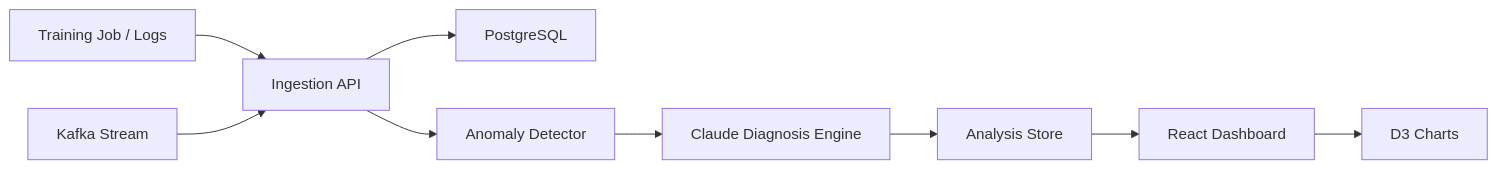
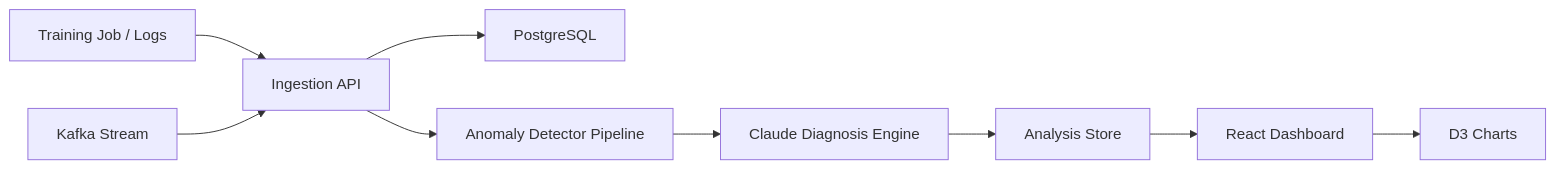
One commit to agarwalpragya/trainlens-ai changed the third of 3 diagrams in docs/ARCHITECTURE.md. Above: the diagram before and after it, drawn with Mermaid. The commit also changed other lines of this file and 6 other files, not shown here.

````diff
--- a/docs/ARCHITECTURE.md
+++ b/docs/ARCHITECTURE.md
@@ -53,11 +73,11 @@
 ```mermaid
 flowchart LR
     A[Training Job / Logs] --> B[Ingestion API]
     B --> C[PostgreSQL]
-    B --> D[Anomaly Detector]
+    B --> D[Anomaly Detector Pipeline]
     D --> E[Claude Diagnosis Engine]
     E --> F[Analysis Store]
     F --> G[React Dashboard]
     G --> H[D3 Charts]
     I[Kafka Stream] --> B
 ```
````
